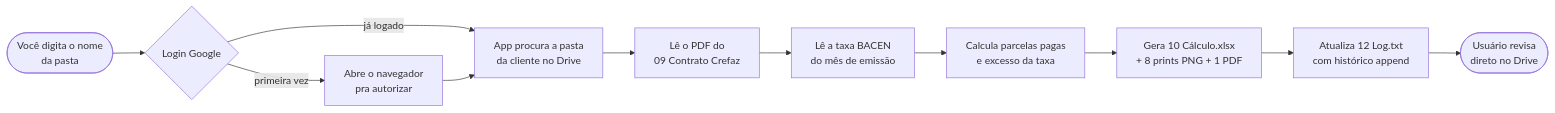
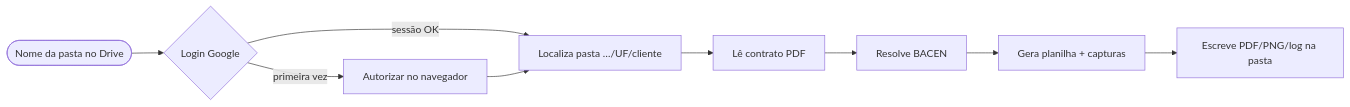
The diagram in README.md (adventurelabsbrasil/revcalc), drawn with Mermaid before and after one commit. The commit also changed other lines of this file and 1 other file, not shown here.

````diff
--- a/README.md
+++ b/README.md
@@ -93,13 +29,11 @@
 ```mermaid
 flowchart LR
-    A([Você digita o nome<br/>da pasta]) --> B{Login Google}
-    B -->|primeira vez| C[Abre o navegador<br/>pra autorizar]
-    B -->|já logado| D
-    C --> D[App procura a pasta<br/>da cliente no Drive]
-    D --> E[Lê o PDF do<br/>09 Contrato Crefaz]
-    E --> F[Lê a taxa BACEN<br/>do mês de emissão]
-    F --> G[Calcula parcelas pagas<br/>e excesso da taxa]
-    G --> H[Gera 10 Cálculo.xlsx<br/>+ 8 prints PNG + 1 PDF]
-    H --> I[Atualiza 12 Log.txt<br/>com histórico append]
-    I --> J([Usuário revisa<br/>direto no Drive])
+    A([Nome da pasta no Drive]) --> B{Login Google}
+    B -->|primeira vez| C[Autorizar no navegador]
+    B -->|sessão OK| D[Localiza pasta …/UF/cliente]
+    C --> D
+    D --> E[Lê contrato PDF]
+    E --> F[Resolve BACEN]
+    F --> G[Gera planilha + capturas]
+    G --> H[Escreve PDF/PNG/log na pasta]
 ```
````
